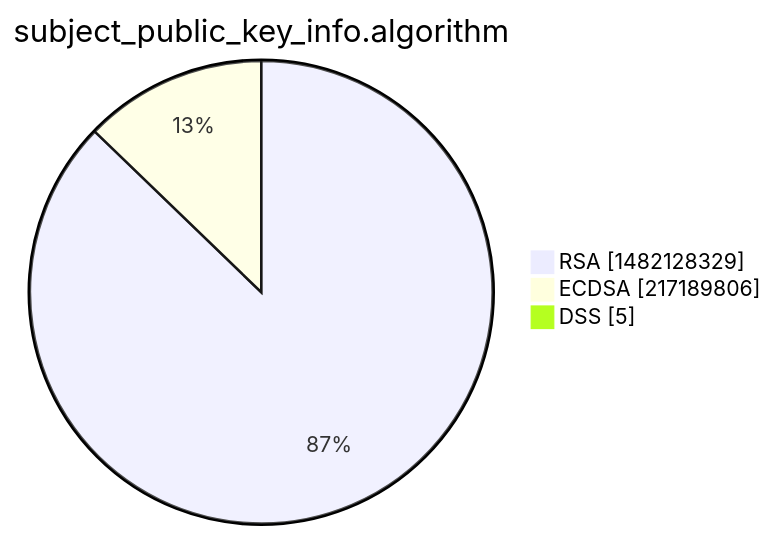
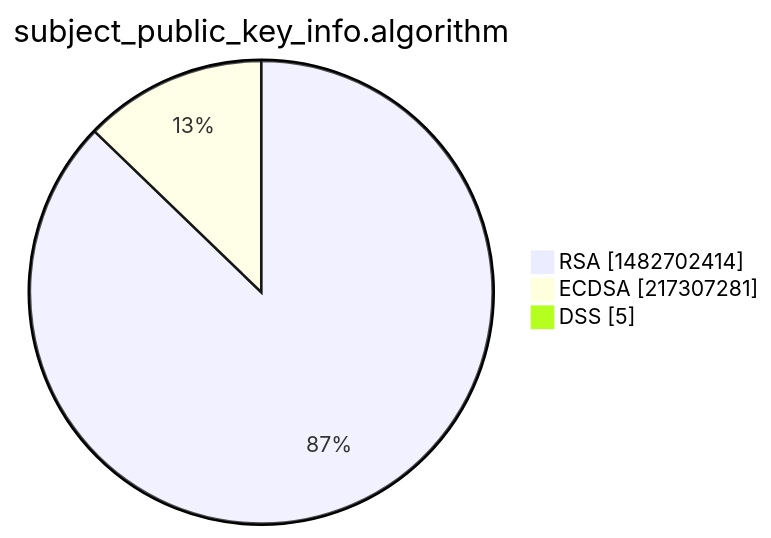
One commit to christiankrug/ctmonitor_visualization changed the third of 15 diagrams in xenon2022/README.md. Above: the diagram before and after it, drawn with Mermaid. The commit also changed other lines of this file, not shown here.

````diff
--- a/xenon2022/README.md
+++ b/xenon2022/README.md
@@ -14,7 +14,7 @@
 ```mermaid
 pie showData
 title subject_public_key_info.algorithm
-"RSA" :1482128329
-"ECDSA" :217189806
+"RSA" :1482702414
+"ECDSA" :217307281
 "DSS" :5
 ```
````
